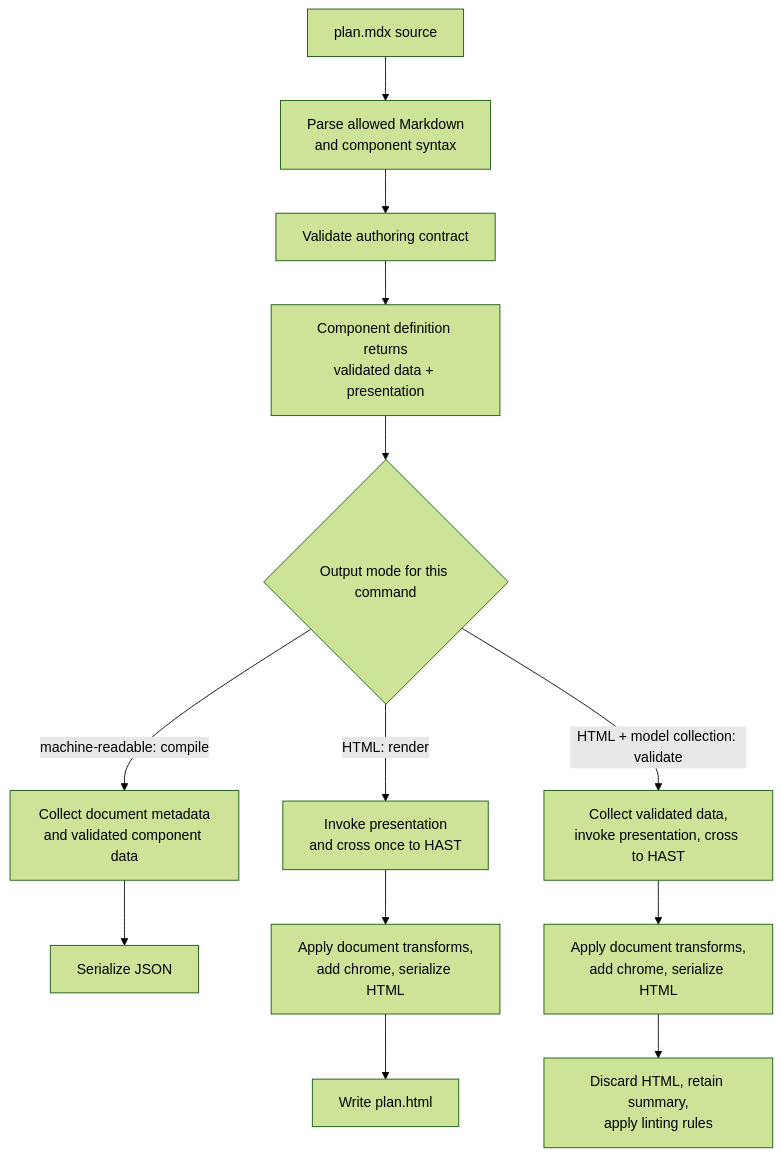
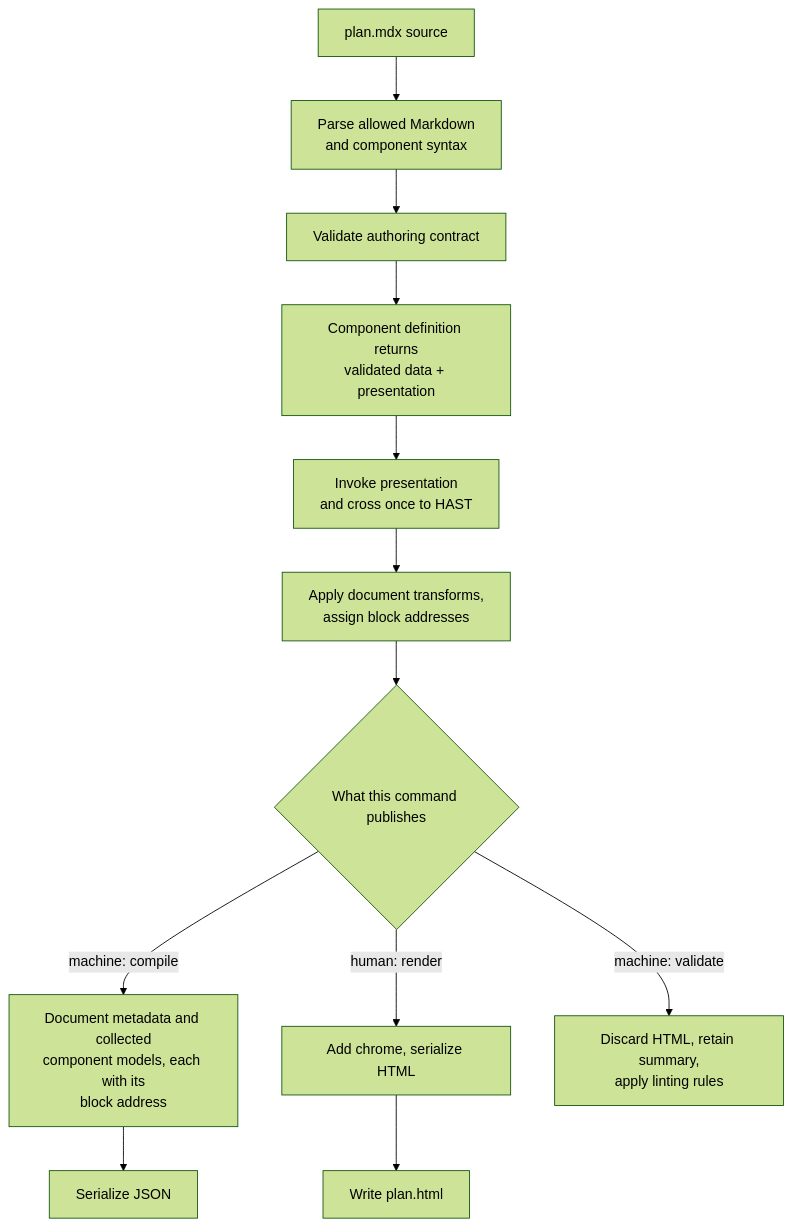
Before and after one commit to josh-padnick/big-plan: the second of 2 diagrams in docs/src/content/docs/architecture.md, drawn with Mermaid (forest theme). The commit also changed other lines of this file and 20 other files, not shown here.

First line of the commit message:
feat(render): carry each component's block address into the compiled plan model (BIG-191) (#184)

````diff
--- a/docs/src/content/docs/architecture.md
+++ b/docs/src/content/docs/architecture.md
@@ -71,15 +76,14 @@
 ```mermaid
 flowchart TB
   S["plan.mdx source"] --> P["Parse allowed Markdown<br/>and component syntax"]
   P --> V["Validate authoring contract"]
   V --> C["Component definition returns<br/>validated data + presentation"]
-  C --> Q{"Output mode for this command"}
-  Q -- "machine-readable: compile" --> J["Collect document metadata<br/>and validated component data"]
+  C --> R["Invoke presentation<br/>and cross once to HAST"]
+  R --> T["Apply document transforms,<br/>assign block addresses"]
+  T --> Q{"What this command publishes"}
+  Q -- "machine: compile" --> J["Document metadata and collected<br/>component models, each with its<br/>block address"]
   J --> O["Serialize JSON"]
-  Q -- "HTML: render" --> R["Invoke presentation<br/>and cross once to HAST"]
-  R --> H["Apply document transforms,<br/>add chrome, serialize HTML"]
+  Q -- "human: render" --> H["Add chrome, serialize HTML"]
   H --> U["Write plan.html"]
-  Q -- "HTML + model collection: validate" --> X["Collect validated data,<br/>invoke presentation, cross to HAST"]
-  X --> Y["Apply document transforms,<br/>add chrome, serialize HTML"]
-  Y --> W["Discard HTML, retain summary,<br/>apply linting rules"]
+  Q -- "machine: validate" --> W["Discard HTML, retain summary,<br/>apply linting rules"]
 ```
````
